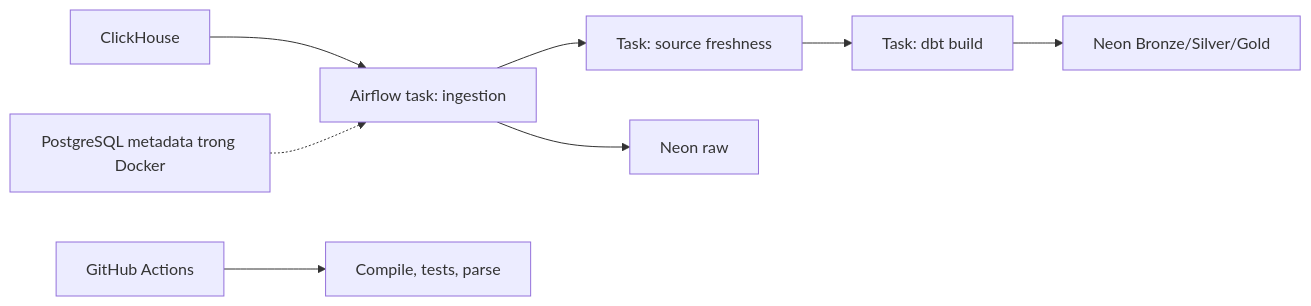
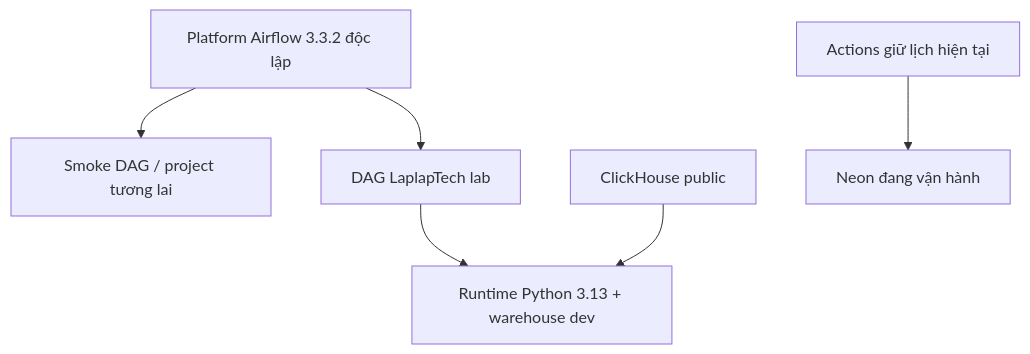
Before and after one commit to PhucTruong11/laplaptech_pipeline: the diagram in docs/architecture/upgrade_plan.md, drawn with Mermaid. The commit also changed other lines of this file and 16 other files, not shown here.

````diff
--- a/docs/architecture/upgrade_plan.md
+++ b/docs/architecture/upgrade_plan.md
@@ -112,11 +124,9 @@
 ```mermaid
 %%{init: {"flowchart": {"htmlLabels": false}}}%%
-flowchart LR
-    SRC["ClickHouse"] --> ING["Airflow task: ingestion"]
-    ING --> FR["Task: source freshness"]
-    FR --> DBT["Task: dbt build"]
-    ING --> N["Neon raw"]
-    DBT --> GOLD["Neon Bronze/Silver/Gold"]
-    META["PostgreSQL metadata trong Docker"] -.-> ING
-    CI["GitHub Actions"] --> V["Compile, tests, parse"]
+flowchart TD
+    AF["Platform Airflow 3.3.2 độc lập"] --> SMOKE["Smoke DAG / project tương lai"]
+    AF --> LAP["DAG LaplapTech lab"]
+    LAP --> DEV["Runtime Python 3.13 + warehouse dev"]
+    CH["ClickHouse public"] --> DEV
+    GH["Actions giữ lịch hiện tại"] --> NEON["Neon đang vận hành"]
 ```
````
